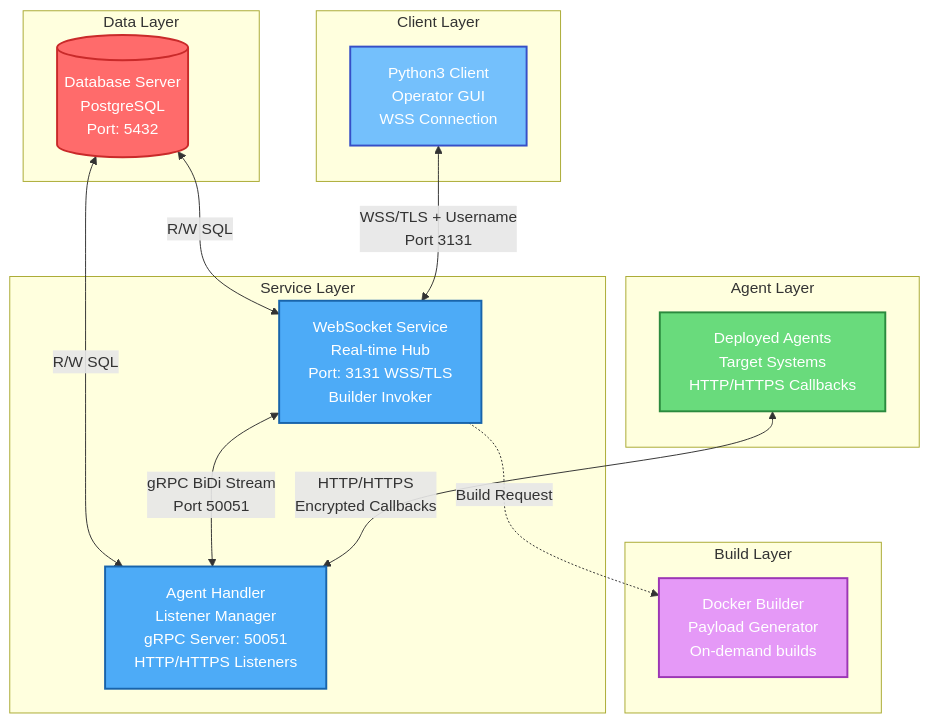
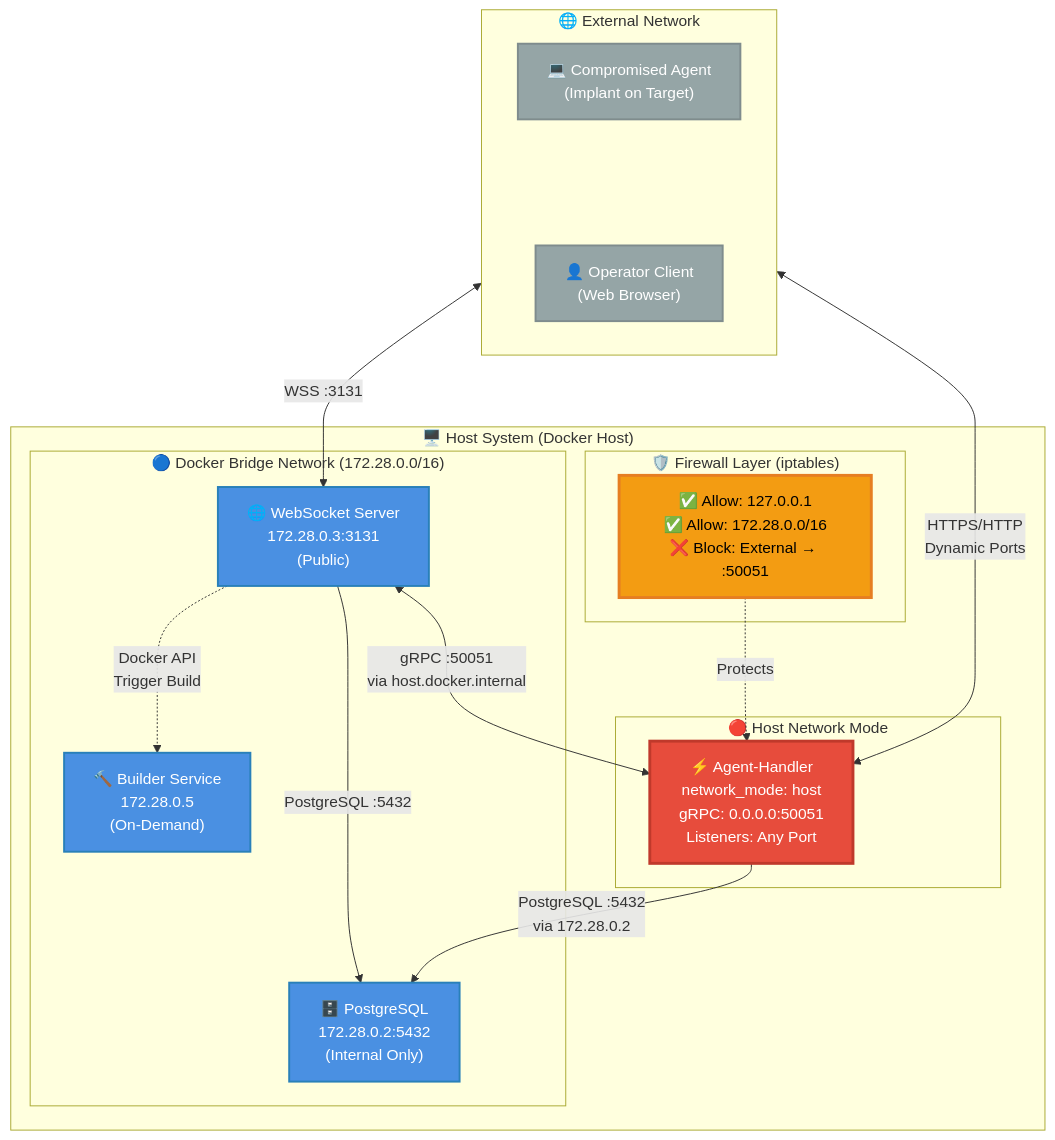
Before and after one commit to seahop/NexusC2: the diagram in README.md, drawn with Mermaid. The commit also changed other lines of this file and 1 other file, not shown here.

Commit message:
more docs and architecture updates

````diff
--- a/README.md
+++ b/README.md
@@ -30,52 +30,51 @@
 ```mermaid
 graph TB
-    subgraph "Data Layer"
-        DB[(Database Server<br/>PostgreSQL<br/>Port: 5432)]
+    subgraph External["🌐 External Network"]
+        direction LR
+        Agent["💻 Compromised Agent<br/>(Implant on Target)"]
+        Spacer[" "]
+        Client["👤 Operator Client<br/>(Web Browser)"]
     end
 
-    subgraph "Service Layer"
-        WS[WebSocket Service<br/>Real-time Hub<br/>Port: 3131 WSS/TLS<br/>Builder Invoker]
-        AH[Agent Handler<br/>Listener Manager<br/>gRPC Server: 50051<br/>HTTP/HTTPS Listeners]
+    subgraph HostSystem["🖥️ Host System (Docker Host)"]
+        subgraph FirewallLayer["🛡️ Firewall Layer (iptables)"]
+            FW_Allow["✅ Allow: 127.0.0.1<br/>✅ Allow: 172.28.0.0/16<br/>❌ Block: External → :50051"]
+        end
+
+        subgraph HostNetwork["🔴 Host Network Mode"]
+            AgentHandler["⚡ Agent-Handler<br/>network_mode: host<br/>gRPC: 0.0.0.0:50051<br/>Listeners: Any Port"]
+        end
+
+        subgraph DockerBridge["🔵 Docker Bridge Network (172.28.0.0/16)"]
+            Database["🗄️ PostgreSQL<br/>172.28.0.2:5432<br/>(Internal Only)"]
+            Websocket["🌐 WebSocket Server<br/>172.28.0.3:3131<br/>(Public)"]
+            Builder["🔨 Builder Service<br/>172.28.0.5<br/>(On-Demand)"]
+        end
     end
 
-    subgraph "Build Layer"
-        Builder[Docker Builder<br/>Payload Generator<br/>On-demand builds]
-    end
+    %% External Connections - Separated paths
+    Agent <-->|"HTTPS/HTTP<br/>Dynamic Ports"| AgentHandler
+    Client <-->|"WSS :3131"| Websocket
 
-    subgraph "Client Layer"
-        Client[Python3 Client<br/>Operator GUI<br/>WSS Connection]
-    end
+    %% Internal Docker Bridge Network
+    Websocket <-->|"gRPC :50051<br/>via host.docker.internal"| AgentHandler
+    Websocket -->|"PostgreSQL :5432"| Database
+    AgentHandler -->|"PostgreSQL :5432<br/>via 172.28.0.2"| Database
+    Websocket -.->|"Docker API<br/>Trigger Build"| Builder
 
-    subgraph "Agent Layer"
-        Agents[Deployed Agents<br/>Target Systems<br/>HTTP/HTTPS Callbacks]
-    end
-
-    %% Database connections
-    DB <-->|R/W SQL| WS
-    DB <-->|R/W SQL| AH
-
-    %% Service layer communication
-    WS <-->|gRPC BiDi Stream<br/>Port 50051| AH
-
-    %% Client connections
-    Client <-->|WSS/TLS + Username<br/>Port 3131| WS
-
-    %% Builder invocation
-    WS -.->|Build Request| Builder
-
-    %% Agent callbacks
-    Agents <-->|HTTP/HTTPS<br/>Encrypted Callbacks| AH
+    %% Firewall Protection
+    FW_Allow -.->|"Protects"| AgentHandler
 
     %% Styling
-    classDef database fill:#ff6b6b,stroke:#c92a2a,stroke-width:2px,color:#fff
-    classDef service fill:#4dabf7,stroke:#1864ab,stroke-width:2px,color:#fff
-    classDef agent fill:#69db7c,stroke:#2b8a3e,stroke-width:2px,color:#fff
-    classDef builder fill:#e599f7,stroke:#9c36b5,stroke-width:2px,color:#fff
-    classDef client fill:#74c0fc,stroke:#364fc7,stroke-width:2px,color:#fff
+    classDef hostNet fill:#e74c3c,stroke:#c0392b,stroke-width:3px,color:#fff
+    classDef bridgeNet fill:#4a90e2,stroke:#2980b9,stroke-width:2px,color:#fff
+    classDef external fill:#95a5a6,stroke:#7f8c8d,stroke-width:2px,color:#fff
+    classDef firewall fill:#f39c12,stroke:#e67e22,stroke-width:3px,color:#000
+    classDef spacer fill:none,stroke:none,color:transparent
 
-    class DB database
-    class WS,AH service
-    class Agents agent
-    class Builder builder
-    class Client client
+    class AgentHandler hostNet
+    class Database,Websocket,Builder bridgeNet
+    class Agent,Client external
+    class FW_Allow firewall
+    class Spacer spacer
 ```
````
